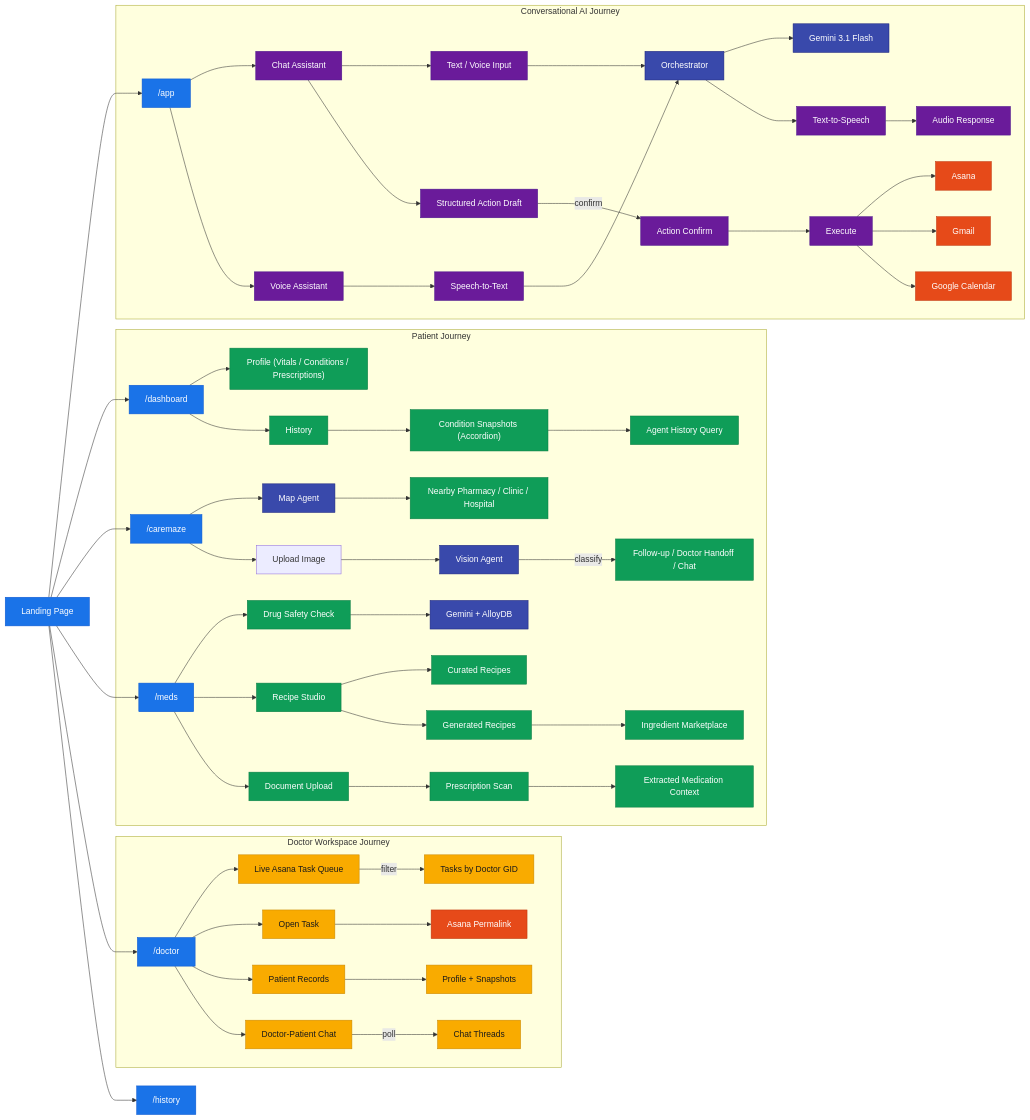
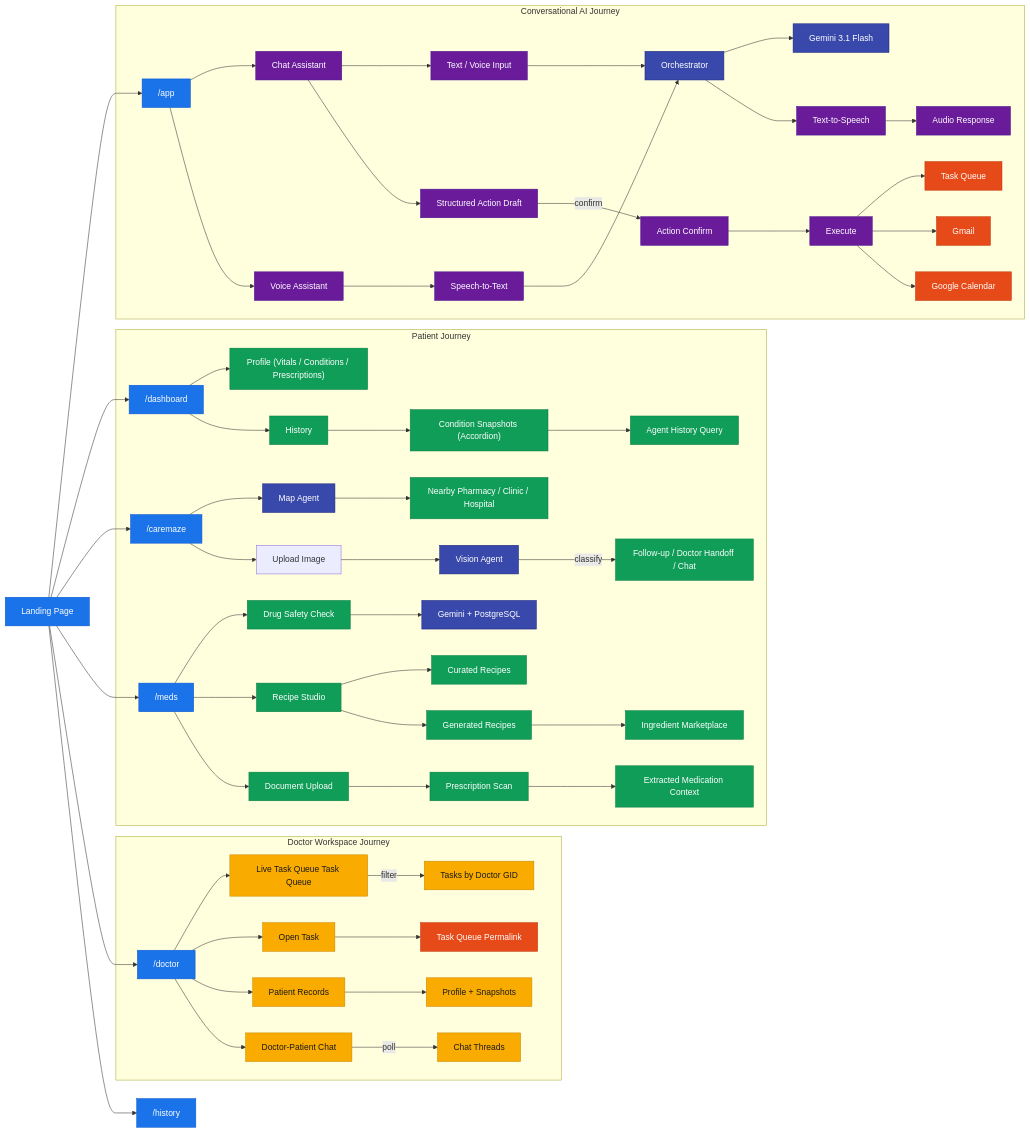
One commit to shreeshbhat04-ctrl/NEXUS-AI- changed the third of 5 diagrams in README.md. Above: the diagram before and after it, drawn with Mermaid. The commit also changed other lines of this file and 134 other files, not shown here.

```diff
--- a/README.md
+++ b/README.md
@@ -229,7 +255,7 @@
 VA -->|classify| FOLLOW["Follow-up / Doctor Handoff / Chat"]
 
 MEDS --> SAFE["Drug Safety Check"]
-SAFE --> GEM1["Gemini + AlloyDB"]
+SAFE --> GEM1["Gemini + PostgreSQL"]
 
 MEDS --> RS["Recipe Studio"]
 RS --> CUR["Curated Recipes"]
@@ -254,7 +280,7 @@
 ACTION -->|confirm| CONFIRM["Action Confirm"]
 CONFIRM --> EXEC["Execute"]
 
-EXEC --> ASANA["Asana"]
+EXEC --> ASANA["Task Queue"]
 EXEC --> GMAIL["Gmail"]
 EXEC --> CAL["Google Calendar"]
 
@@ -269,11 +295,11 @@
 %% ================= DOCTOR WORKSPACE =================
 subgraph DW[Doctor Workspace Journey]
 
-DOC --> QUEUE["Live Asana Task Queue"]
+DOC --> QUEUE["Live Task Queue Task Queue"]
 QUEUE -->|filter| TASKS["Tasks by Doctor GID"]
 
 DOC --> OPEN["Open Task"]
-OPEN --> ASANA2["Asana Permalink"]
+OPEN --> ASANA2["Task Queue Permalink"]
 
 DOC --> RECORDS["Patient Records"]
 RECORDS --> PROF2["Profile + Snapshots"]
```
